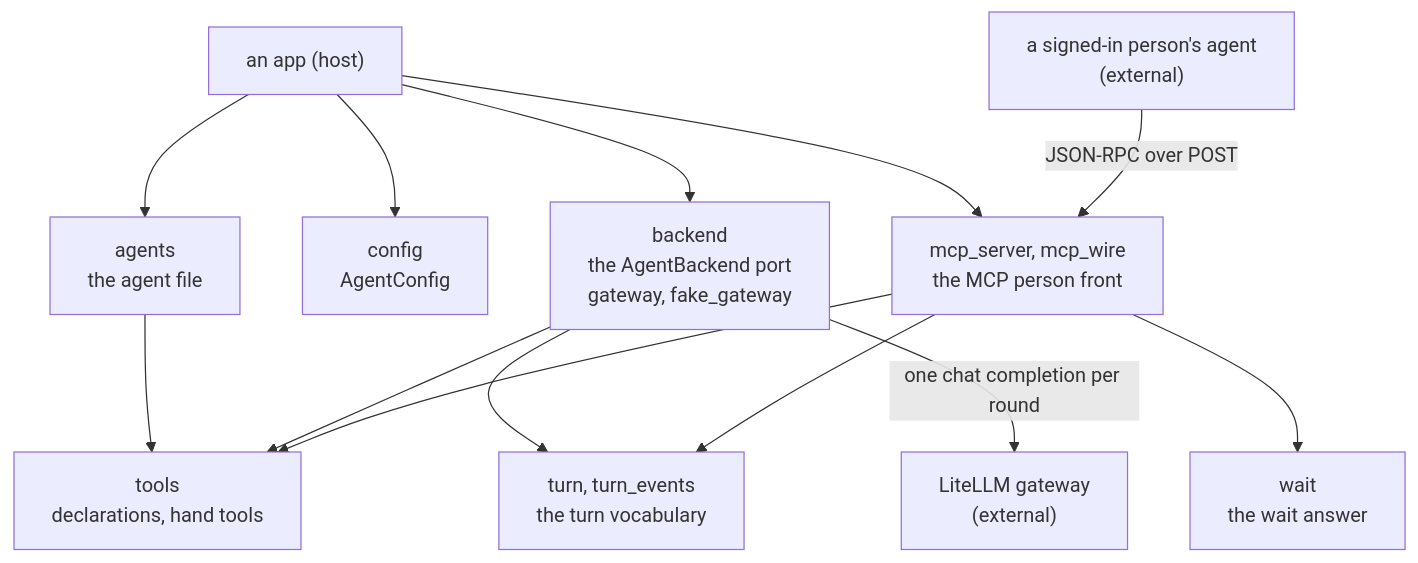
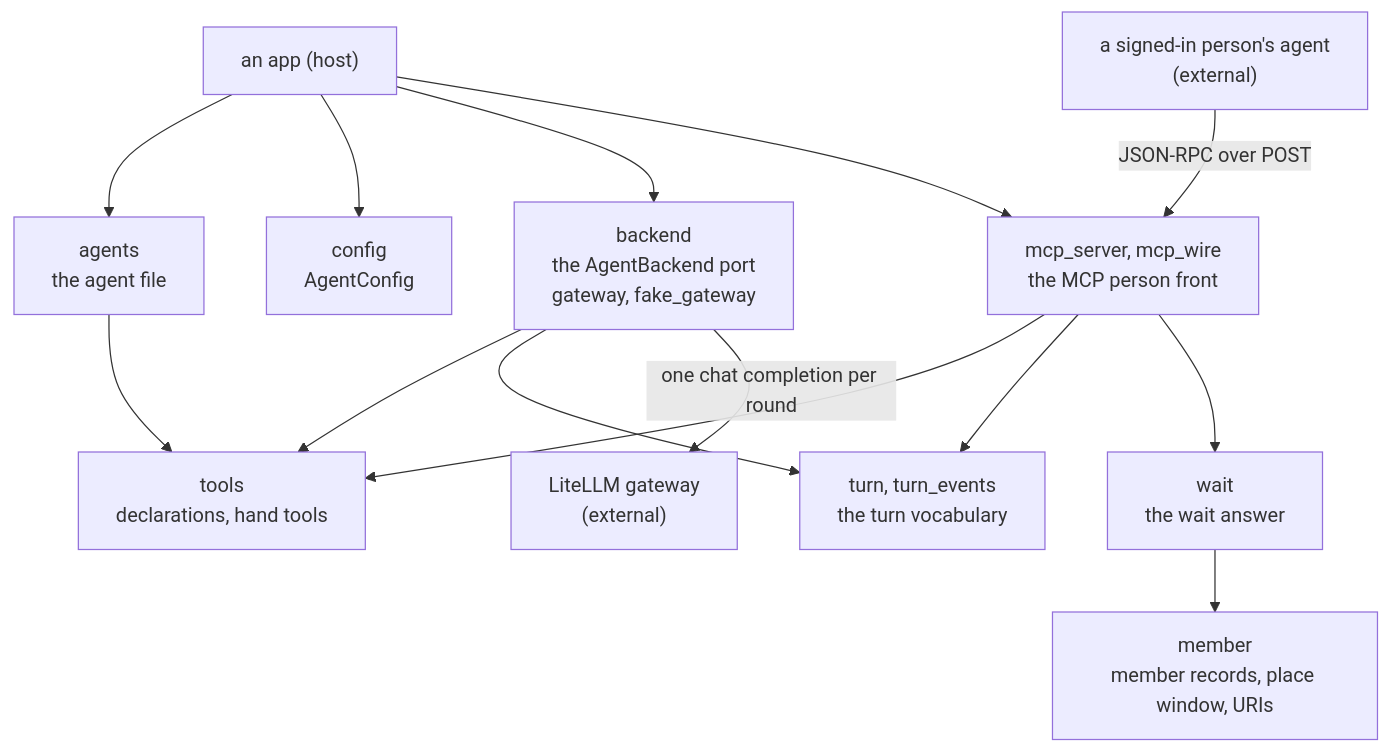
One commit to overnightworks/agent-runtime changed the first of 2 diagrams in docs/ARCHITECTURE.md. Above: the diagram before and after it, drawn with Mermaid. The commit also changed other lines of this file and 6 other files, not shown here.

````diff
--- a/docs/ARCHITECTURE.md
+++ b/docs/ARCHITECTURE.md
@@ -14,26 +14,28 @@
 ```mermaid
 flowchart TB
     app["an app (host)"]
     agents["agents<br/>the agent file"]
     tools["tools<br/>declarations, hand tools"]
     config["config<br/>AgentConfig"]
     backend["backend<br/>the AgentBackend port<br/>gateway, fake_gateway"]
     turn["turn, turn_events<br/>the turn vocabulary"]
     mcp["mcp_server, mcp_wire<br/>the MCP person front"]
     wait["wait<br/>the wait answer"]
+    member["member<br/>member records, place window, URIs"]
+    wait --> member
     gateway["LiteLLM gateway<br/>(external)"]
     person["a signed-in person's agent<br/>(external)"]
 
     app --> agents
     app --> config
     app --> backend
     app --> mcp
     agents --> tools
     backend --> tools
     backend --> turn
     mcp --> tools
     mcp --> turn
     mcp --> wait
     backend -->|"one chat completion per round"| gateway
     person -->|"JSON-RPC over POST"| mcp
 ```
````
